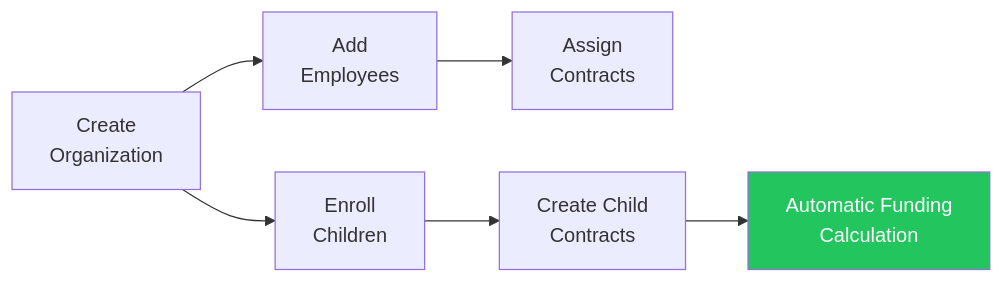
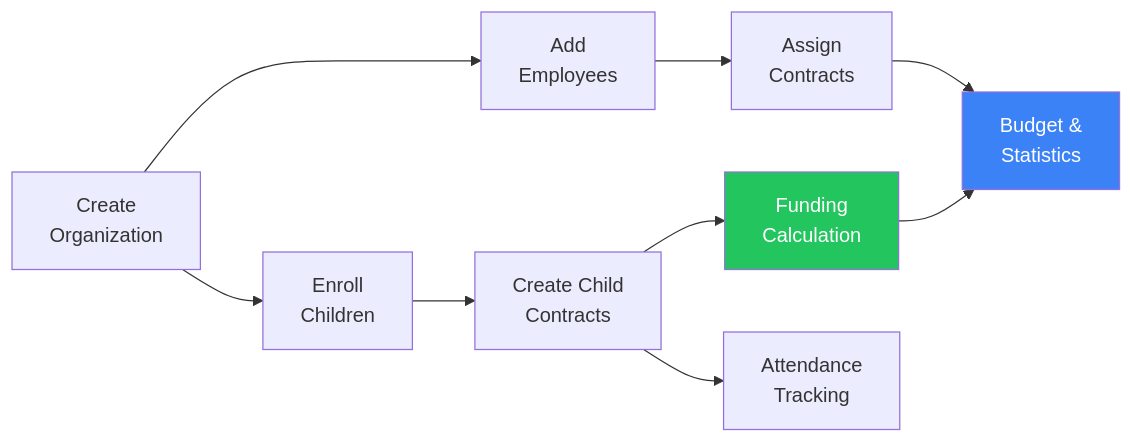
One commit to toabctl/kitamanager-go changed the first of 2 diagrams in website/content/en/features/_index.md. Above: the diagram before and after it, drawn with Mermaid. The commit also changed other lines of this file and 11 other files, not shown here.

````diff
--- a/website/content/en/features/_index.md
+++ b/website/content/en/features/_index.md
@@ -12,9 +12,13 @@
 ```mermaid
 flowchart LR
     A["Create<br/>Organization"] --> B["Add<br/>Employees"]
     A --> C["Enroll<br/>Children"]
     B --> D["Assign<br/>Contracts"]
     C --> E["Create Child<br/>Contracts"]
-    E --> F["Automatic Funding<br/>Calculation"]
+    E --> F["Funding<br/>Calculation"]
+    E --> G["Attendance<br/>Tracking"]
+    D --> H["Budget &<br/>Statistics"]
+    F --> H
     style F fill:#22c55e,color:#fff
+    style H fill:#3b82f6,color:#fff
 ```
````
